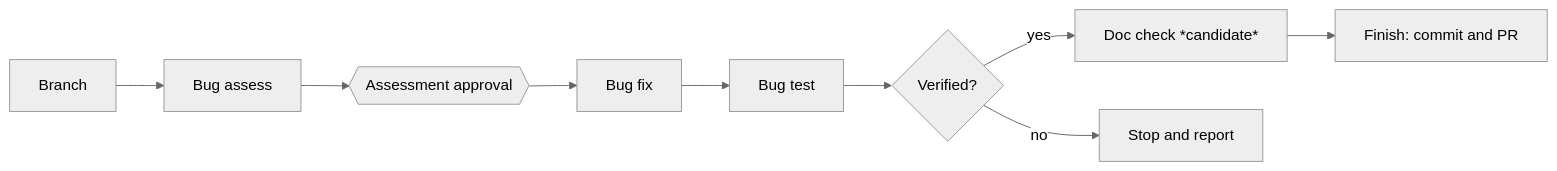
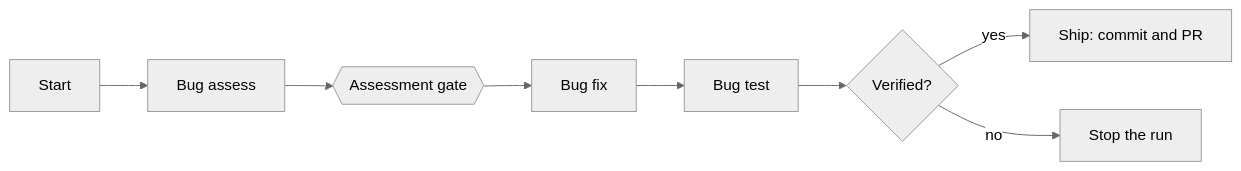
One commit to vishalkhondre/speckit-aisdlc changed the second of 4 diagrams in docs/wiki/Product-Overview.md. Above: the diagram before and after it, drawn with Mermaid (neutral theme). The commit also changed other lines of this file and 8 other files, not shown here.

````diff
--- a/docs/wiki/Product-Overview.md
+++ b/docs/wiki/Product-Overview.md
@@ -35,7 +56,7 @@
 ```mermaid
 flowchart LR
-    A[Branch] --> B[Bug assess] --> G1{{Assessment approval}}
+    A[Start] --> B[Bug assess] --> G1{{Assessment gate}}
     G1 --> C[Bug fix] --> D[Bug test] --> E{Verified?}
-    E -->|yes| F[Doc check *candidate*] --> G[Finish: commit and PR]
-    E -->|no| X[Stop and report]
+    E -->|yes| F[Ship: commit and PR]
+    E -->|no| X[Stop the run]
 ```
````
